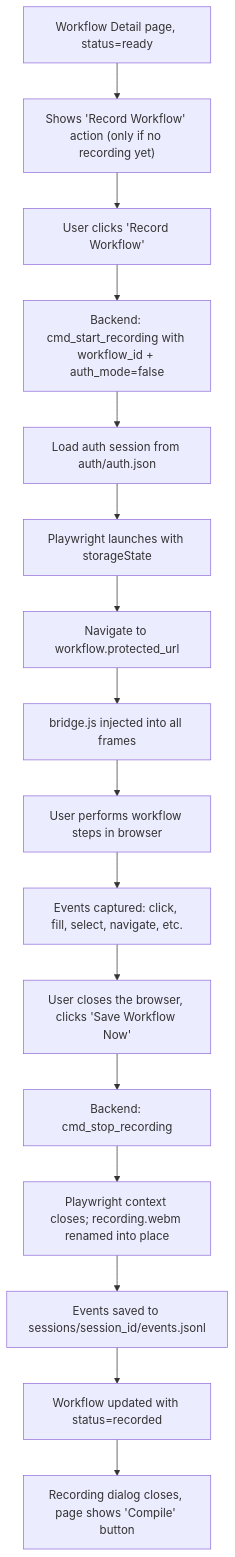
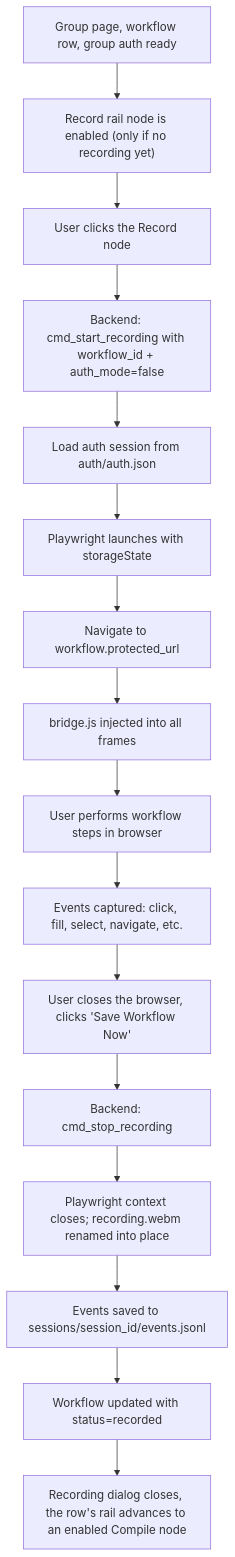
One commit to Cannonbold2412/CONXA changed the fifth of 19 diagrams in docs/App-Flow.md. Above: the diagram before and after it, drawn with Mermaid. The commit also changed other lines of this file and 2 other files, not shown here.

First line of the commit message:
docs: document Group Page absorbing the Workflow Detail page

````diff
--- a/docs/App-Flow.md
+++ b/docs/App-Flow.md
@@ -148,18 +148,18 @@
 ```mermaid
 flowchart TD
-    A["Workflow Detail page, status=ready"] --> B["Shows 'Record Workflow' action (only if no recording yet)"]
-    B --> C[User clicks 'Record Workflow']
+    A["Group page, workflow row, group auth ready"] --> B["Record rail node is enabled (only if no recording yet)"]
+    B --> C[User clicks the Record node]
     C --> D[Backend: cmd_start_recording with workflow_id + auth_mode=false]
     D --> E[Load auth session from auth/auth.json]
     E --> F[Playwright launches with storageState]
     F --> G[Navigate to workflow.protected_url]
     G --> H[bridge.js injected into all frames]
     H --> I[User performs workflow steps in browser]
     I --> J[Events captured: click, fill, select, navigate, etc.]
     J --> K[User closes the browser, clicks 'Save Workflow Now']
     K --> L[Backend: cmd_stop_recording]
     L --> L2[Playwright context closes; recording.webm renamed into place]
     L2 --> M[Events saved to sessions/session_id/events.jsonl]
     M --> N[Workflow updated with status=recorded]
-    N --> O[Recording dialog closes, page shows 'Compile' button]
+    N --> O[Recording dialog closes, the row's rail advances to an enabled Compile node]
 ```
````
